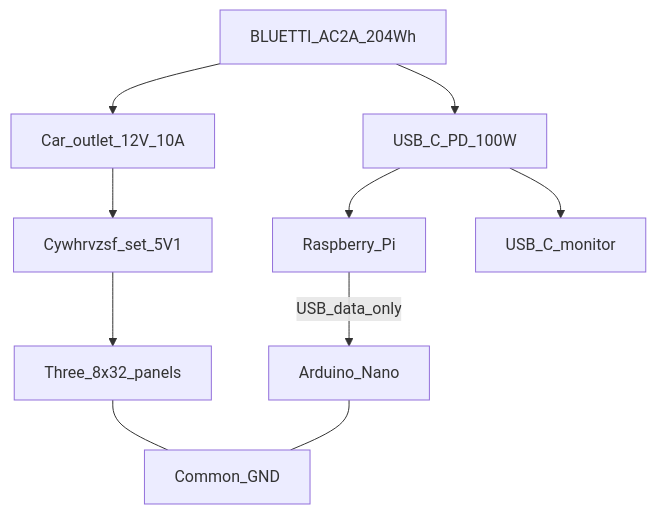
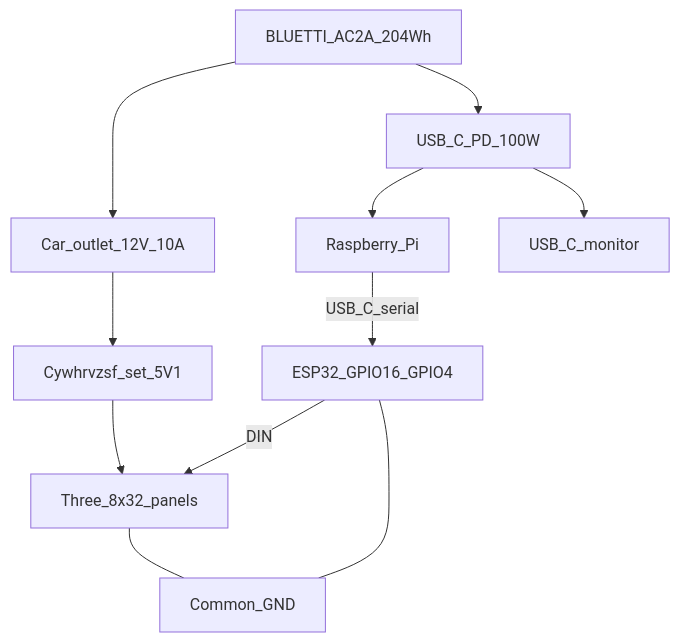
The diagram in hardware/power/MOBILE-POWER.md (carlosvl/Raspberry-PAB), drawn with Mermaid before and after one commit. The commit also changed other lines of this file and 27 other files, not shown here.

````diff
--- a/hardware/power/MOBILE-POWER.md
+++ b/hardware/power/MOBILE-POWER.md
@@ -75,17 +75,18 @@
 ```mermaid
 flowchart TB
   ac2a[BLUETTI_AC2A_204Wh]
   car12[Car_outlet_12V_10A]
   buck5[Cywhrvzsf_set_5V1]
   mats[Three_8x32_panels]
   usbc[USB_C_PD_100W]
   pi[Raspberry_Pi]
   mon[USB_C_monitor]
-  nano[Arduino_Nano]
+  esp[ESP32_GPIO16_GPIO4]
   ac2a --> car12 --> buck5 --> mats
   ac2a --> usbc --> mon
   usbc --> pi
-  pi -->|USB_data_only| nano
+  pi -->|USB_C_serial| esp
+  esp -->|DIN| mats
   mats --- gnd[Common_GND]
-  nano --- gnd
+  esp --- gnd
 ```
````
